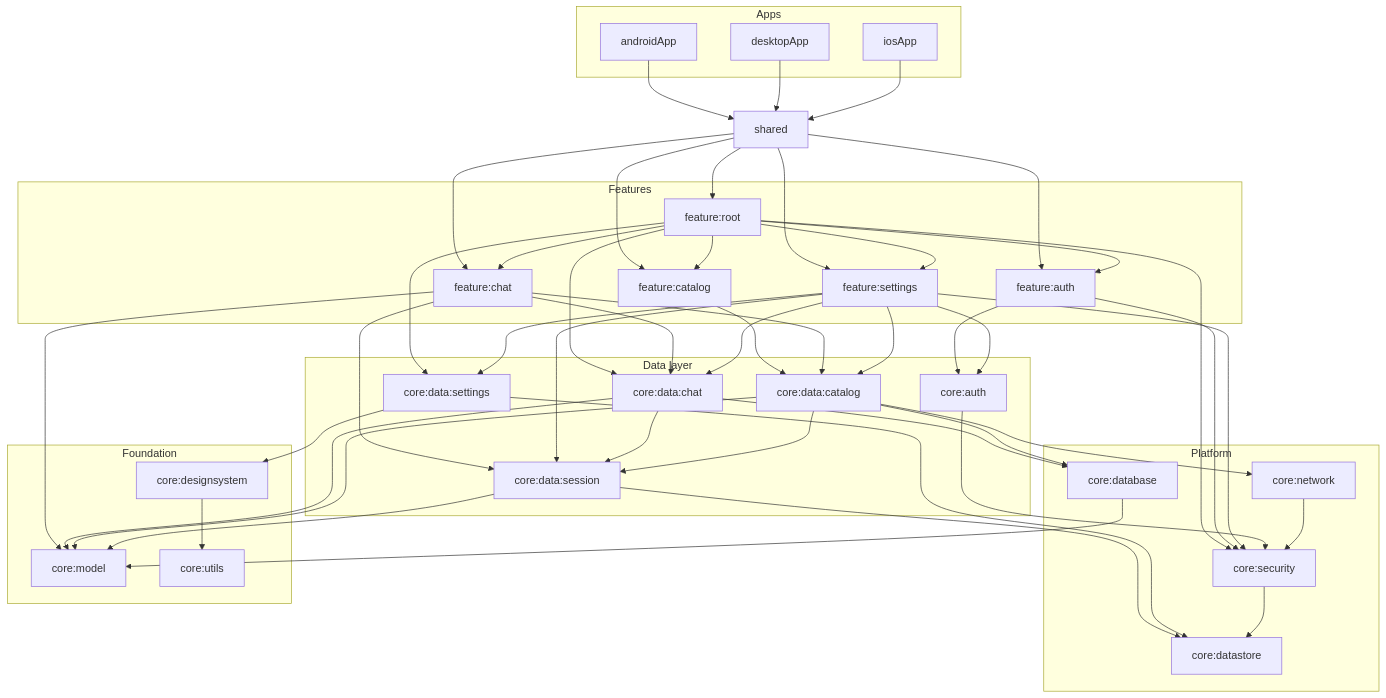
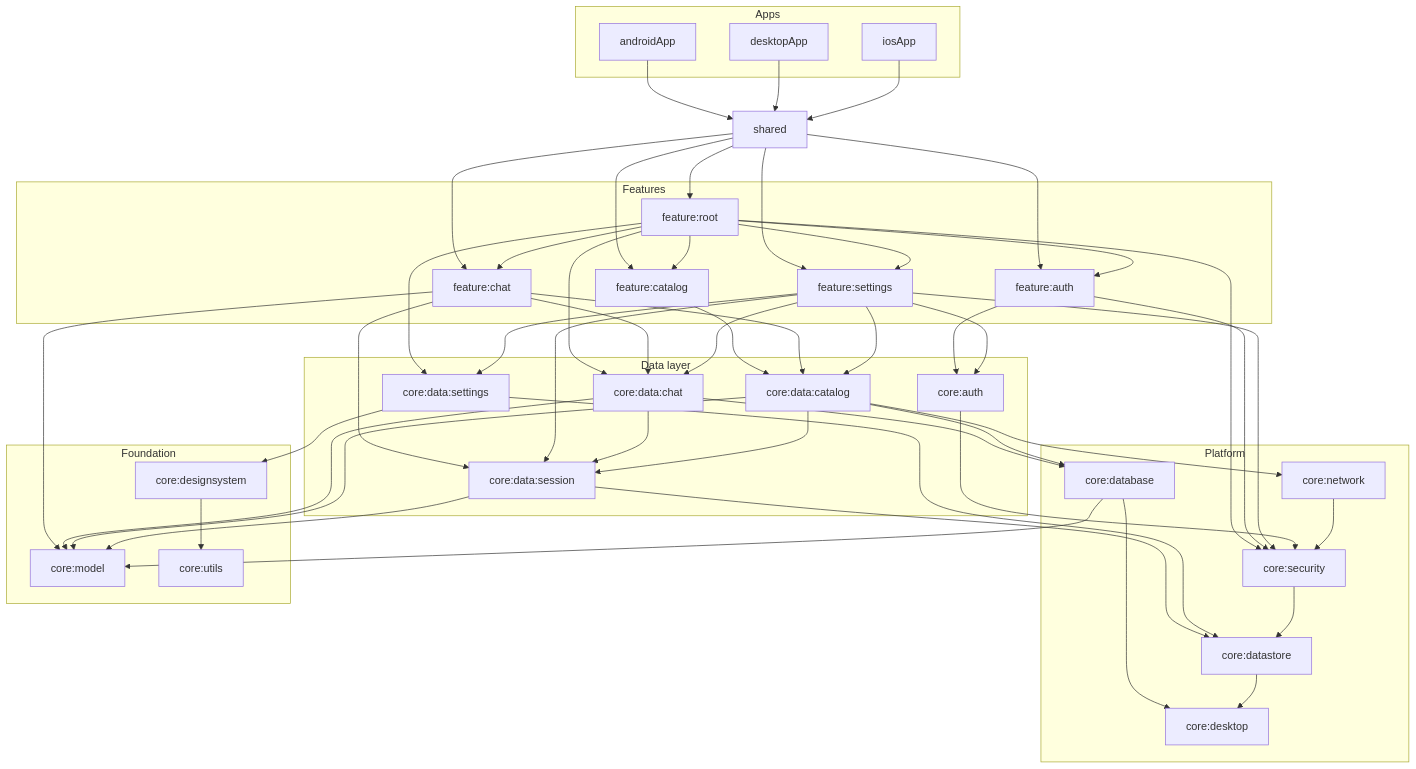
Before and after one commit to Nu11Object/void-openrouter-client: the diagram in README.md, drawn with Mermaid. The commit also changed other lines of this file and 7 other files, not shown here.

````diff
--- a/README.md
+++ b/README.md
@@ -191,6 +191,7 @@
         database[core:database]
         security[core:security]
         datastore[core:datastore]
+        desktop[core:desktop]
     end
 
     subgraph Foundation
@@ -241,6 +242,8 @@
     coreAuth --> security
     network --> security
     database --> model
+    database --> desktop
+    datastore --> desktop
     security --> datastore
     designsystem --> utils
 ```
````
